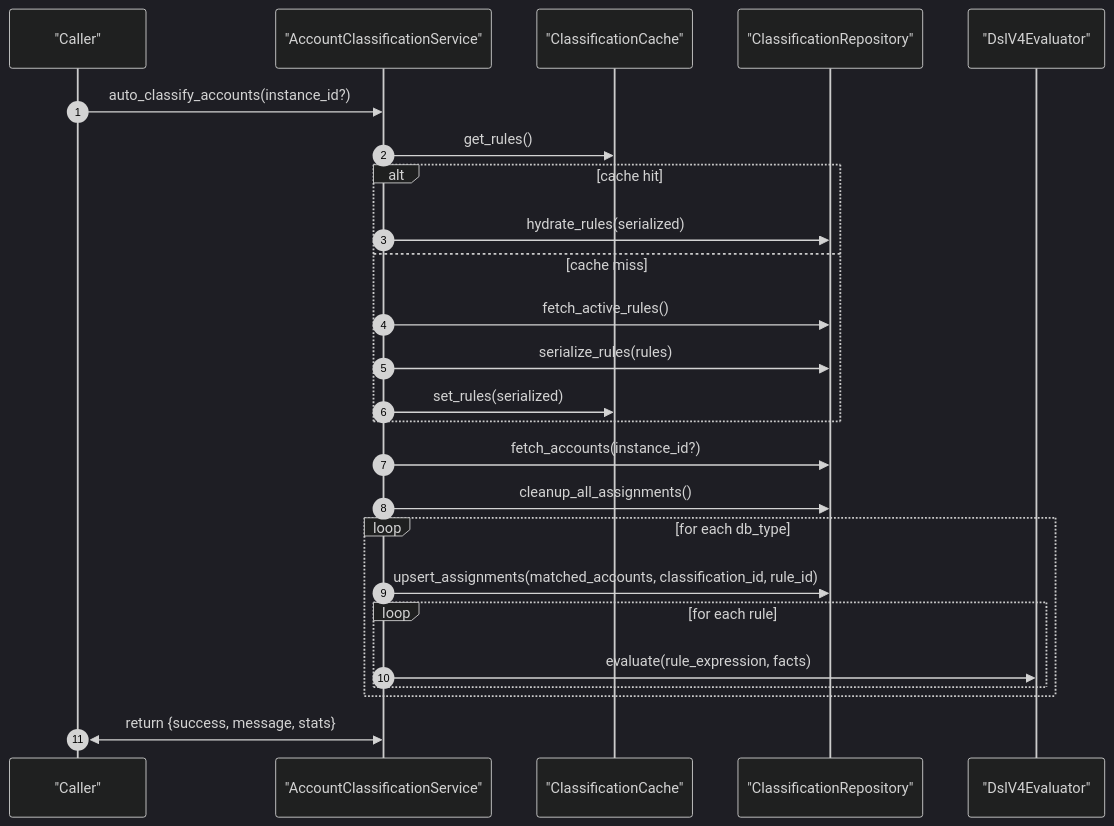
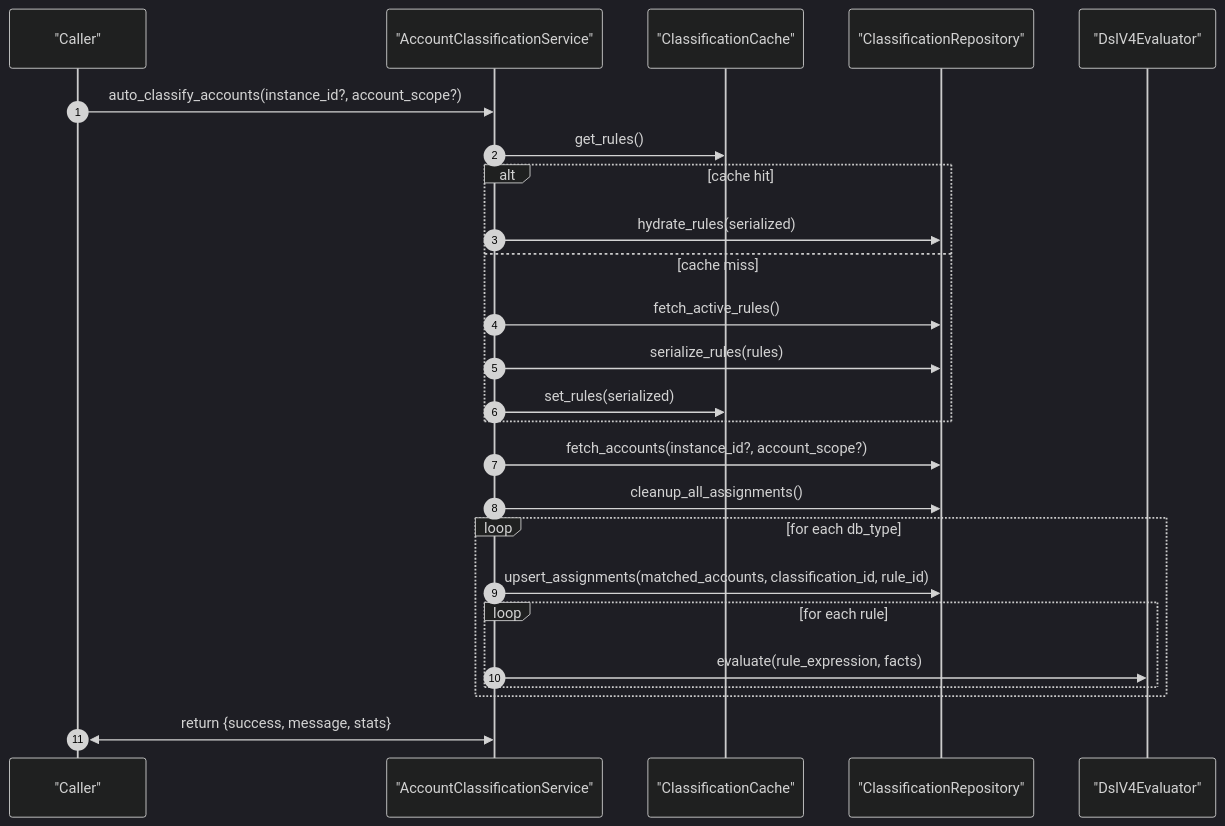
Before and after one commit to nyealovey/WhaleFall: the second of 2 diagrams in docs/Obsidian/reference/service/account-classification-orchestrator.md, drawn with Mermaid (dark theme). The commit also changed other lines of this file and 27 other files, not shown here.

````diff
--- a/docs/Obsidian/reference/service/account-classification-orchestrator.md
+++ b/docs/Obsidian/reference/service/account-classification-orchestrator.md
@@ -86,31 +86,31 @@
 ```mermaid
 sequenceDiagram
     autonumber
     participant Caller as "Caller"
     participant Svc as "AccountClassificationService"
     participant Cache as "ClassificationCache"
     participant Repo as "ClassificationRepository"
     participant DSL as "DslV4Evaluator"
 
-    Caller->>Svc: auto_classify_accounts(instance_id?)
+    Caller->>Svc: auto_classify_accounts(instance_id?, account_scope?)
     Svc->>Cache: get_rules()
     alt cache hit
         Svc->>Repo: hydrate_rules(serialized)
     else cache miss
         Svc->>Repo: fetch_active_rules()
         Svc->>Repo: serialize_rules(rules)
         Svc->>Cache: set_rules(serialized)
     end
 
-    Svc->>Repo: fetch_accounts(instance_id?)
+    Svc->>Repo: fetch_accounts(instance_id?, account_scope?)
     Svc->>Repo: cleanup_all_assignments()
 
     loop for each db_type
         Svc->>Repo: upsert_assignments(matched_accounts, classification_id, rule_id)
         loop for each rule
             Svc->>DSL: evaluate(rule_expression, facts)
         end
     end
 
     Caller<<->>Svc: return {success, message, stats}
 ```
````
